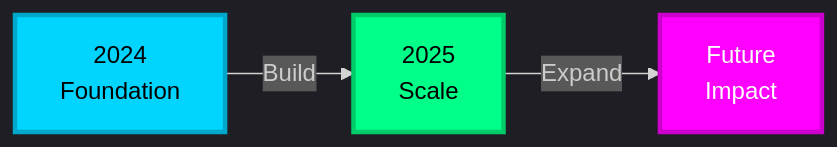
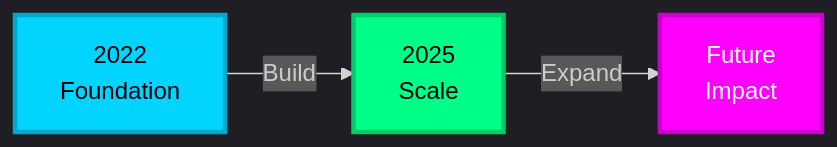
The second of 3 diagrams in README.md (dojicreates/dojicreates), drawn with Mermaid before and after one commit. The commit also changed other lines of this file, not shown here.

````diff
--- a/README.md
+++ b/README.md
@@ -461,10 +420,10 @@
 ```mermaid
 %%{init: {'theme':'dark', 'themeVariables': {'fontSize': '16px'}}}%%
 graph LR
-    A["2024<br/>Foundation"] -->|Build| B["2025<br/>Scale"]
+    A["2022<br/>Foundation"] -->|Build| B["2025<br/>Scale"]
     B -->|Expand| C["Future<br/>Impact"]
     
     style A fill:#00d4ff,stroke:#00a8cc,stroke-width:3px,color:#000
     style B fill:#00ff88,stroke:#00cc6a,stroke-width:3px,color:#000
     style C fill:#ff00ff,stroke:#cc00cc,stroke-width:3px,color:#fff
 ```
````
